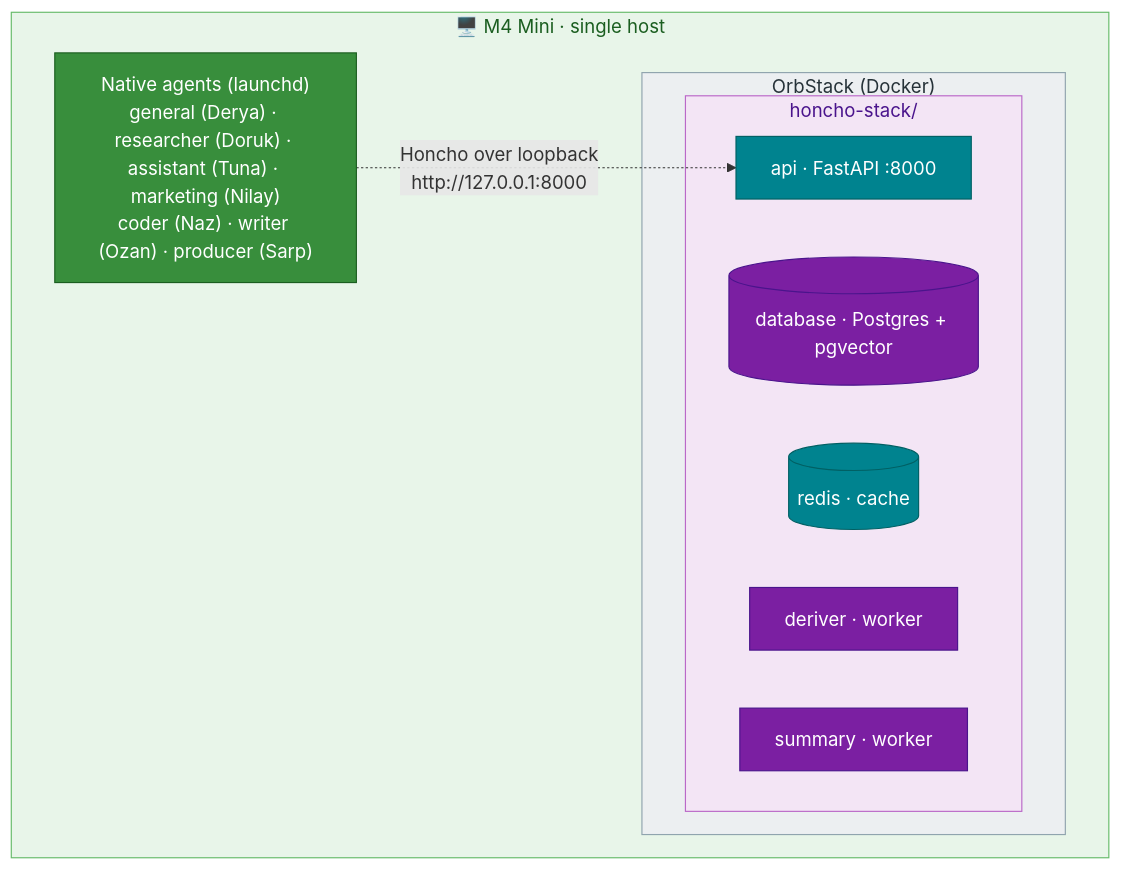
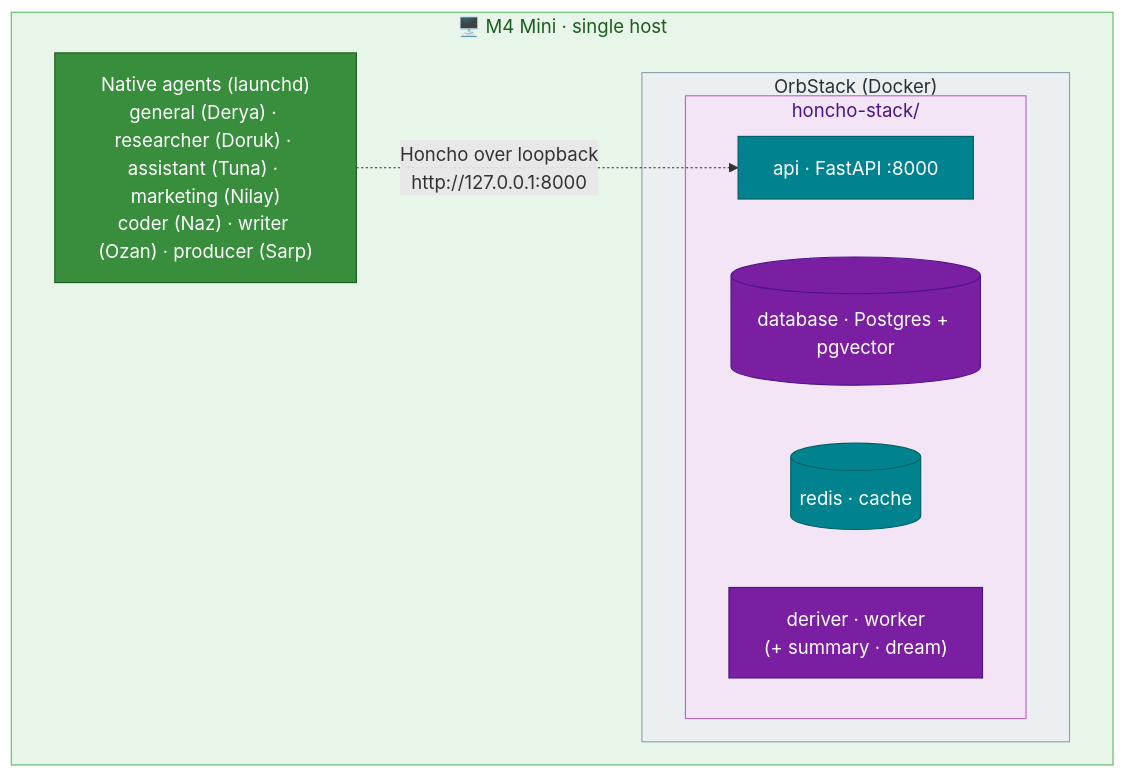
The second of 2 diagrams in docs/07-memory.md (mpolatcan/hermes-setup), drawn with Mermaid before and after one commit. The commit also changed other lines of this file and 1 other file, not shown here.

````diff
--- a/docs/07-memory.md
+++ b/docs/07-memory.md
@@ -80,22 +80,21 @@
 ```mermaid
 flowchart TB
     subgraph mini["🖥️ M4 Mini · single host"]
         ag["Native agents (launchd)<br/>general (Derya) · researcher (Doruk) · assistant (Tuna) · marketing (Nilay)<br/>coder (Naz) · writer (Ozan) · producer (Sarp)"]:::mini
         subgraph orb["OrbStack (Docker)"]
             subgraph hs["honcho-stack/"]
                 api["api · FastAPI :8000"]:::svc
                 db[("database · Postgres + pgvector")]:::infra
                 redis[("redis · cache")]:::svc
-                deriver["deriver · worker"]:::infra
-                summary["summary · worker"]:::infra
+                deriver["deriver · worker<br/>(+ summary · dream)"]:::infra
             end
         end
     end
     ag -. "Honcho over loopback<br/>http://127.0.0.1:8000" .-> api
     classDef mini fill:#388E3C,stroke:#1B5E20,color:#fff
     classDef svc fill:#00838F,stroke:#006064,color:#fff
     classDef infra fill:#7B1FA2,stroke:#4A148C,color:#fff
     style mini fill:#E8F5E9,stroke:#66BB6A,color:#1B5E20
     style orb fill:#ECEFF1,stroke:#90A4AE,color:#263238
     style hs fill:#F3E5F5,stroke:#BA68C8,color:#4A148C
 ```
````
